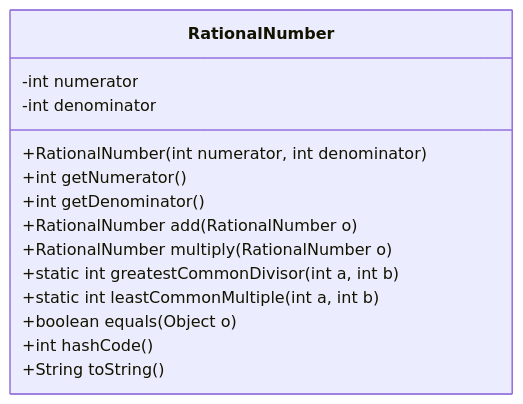
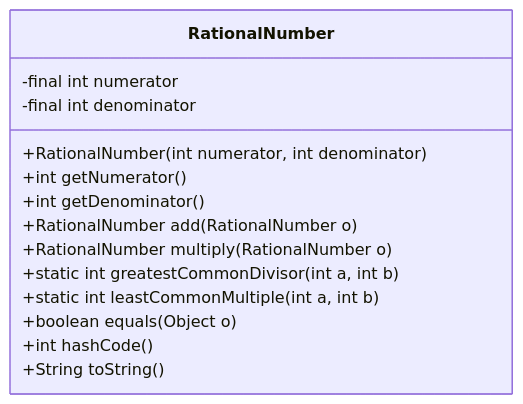
Before and after one commit to nbicocchi/learn-java-core: the second of 13 diagrams in code/exercises/src/main/java/com/nbicocchi/exercises/oop/README.md, drawn with Mermaid. The commit also changed other lines of this file and 7 other files, not shown here.

````diff
--- a/code/exercises/src/main/java/com/nbicocchi/exercises/oop/README.md
+++ b/code/exercises/src/main/java/com/nbicocchi/exercises/oop/README.md
@@ -67,17 +67,17 @@
 ```mermaid
 classDiagram
     class RationalNumber {
-        -int numerator
-        -int denominator
+        -final int numerator
+        -final int denominator
         +RationalNumber(int numerator, int denominator)
         +int getNumerator()
         +int getDenominator()
         +RationalNumber add(RationalNumber o)
         +RationalNumber multiply(RationalNumber o)
         +static int greatestCommonDivisor(int a, int b)
         +static int leastCommonMultiple(int a, int b)
         +boolean equals(Object o)
         +int hashCode()
         +String toString()
     }
 ```
````
